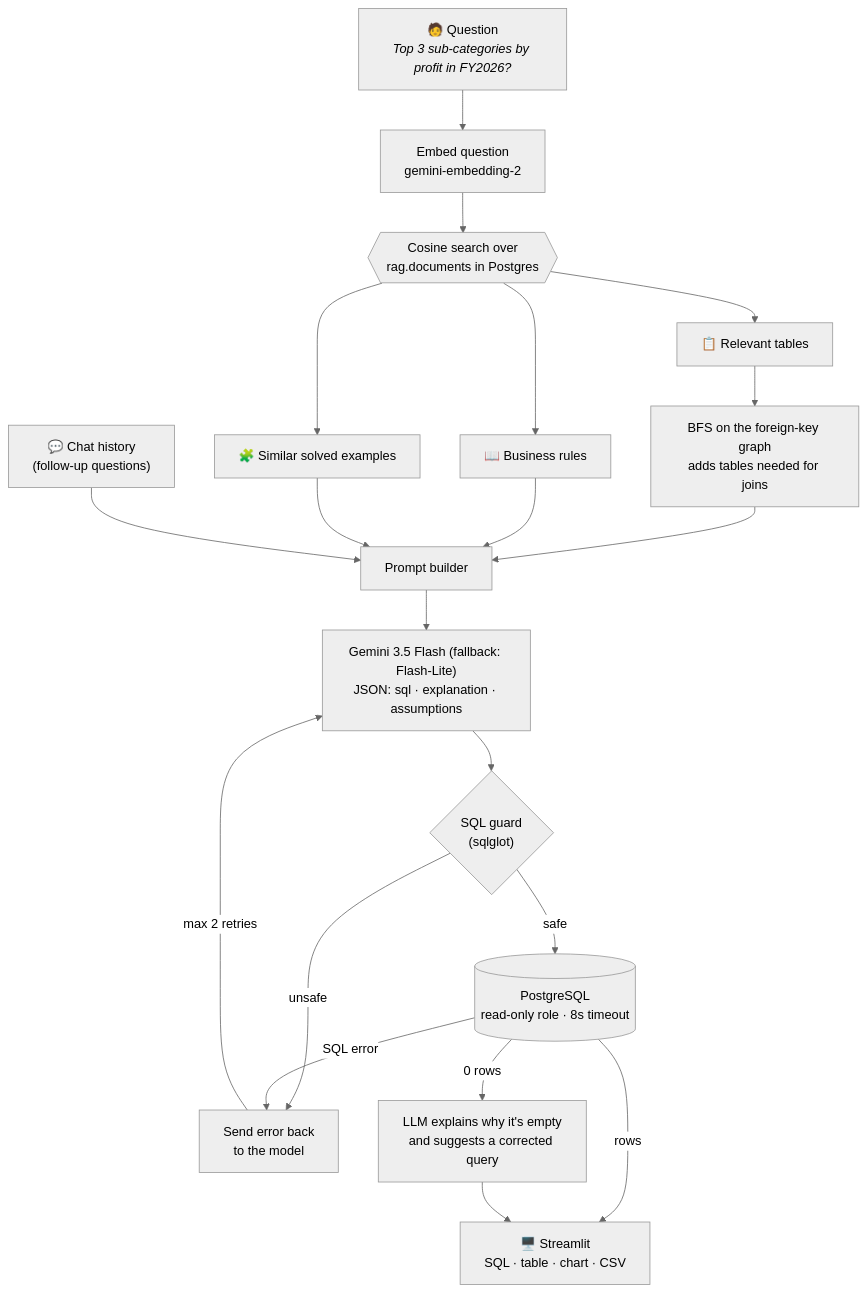
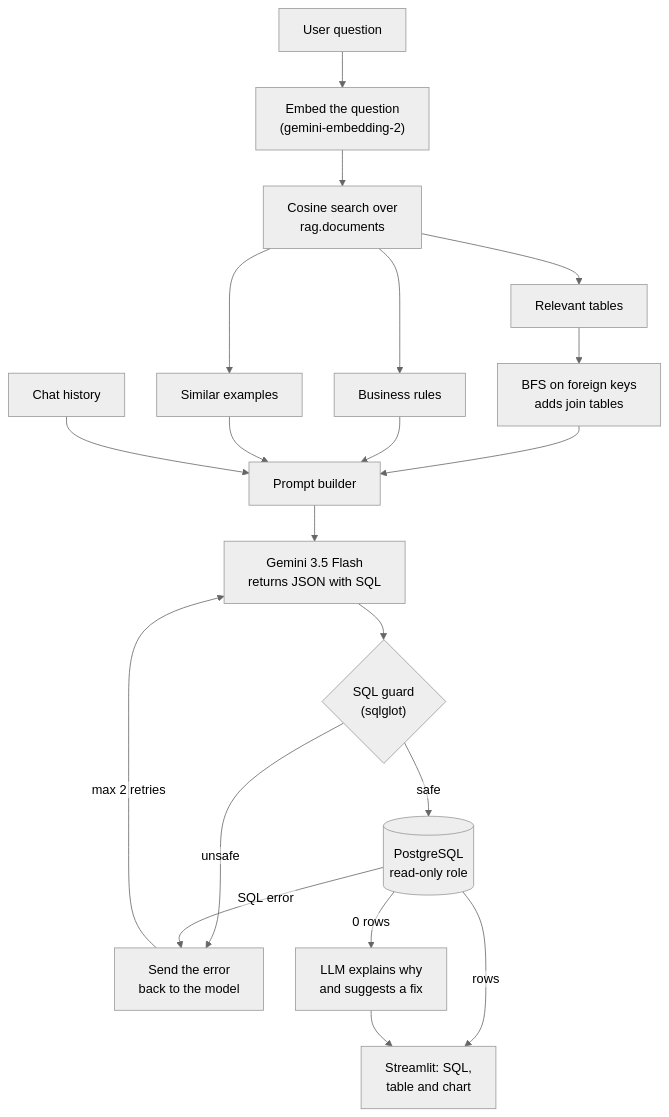
The first of 2 diagrams in README.md (Sweksha-Kakkar/Text-To-SQL), drawn with Mermaid (neutral theme) before and after one commit. The commit also changed other lines of this file, not shown here.

Commit message:
Fix truncated labels in README flow diagram
GitHub measured label width with a different font than it rendered,
cutting off text. Remove emoji and italics and use plain SVG labels.

````diff
--- a/README.md
+++ b/README.md
@@ -36,22 +36,23 @@
 ```mermaid
+%%{init: {"flowchart": {"htmlLabels": false, "nodeSpacing": 40, "rankSpacing": 45}} }%%
 flowchart TD
-    Q["🧑 Question<br/><i>Top 3 sub-categories by profit in FY2026?</i>"] --> EMB["Embed question<br/>gemini-embedding-2"]
-    EMB --> SEARCH{{"Cosine search over<br/>rag.documents in Postgres"}}
-    SEARCH --> TBL["📋 Relevant tables"]
-    SEARCH --> RULES["📖 Business rules"]
-    SEARCH --> EX["🧩 Similar solved examples"]
-    TBL --> BFS["BFS on the foreign-key graph<br/>adds tables needed for joins"]
+    Q["User question"] --> EMB["Embed the question<br/>(gemini-embedding-2)"]
+    EMB --> SEARCH["Cosine search over<br/>rag.documents"]
+    SEARCH --> TBL["Relevant tables"]
+    SEARCH --> RULES["Business rules"]
+    SEARCH --> EX["Similar examples"]
+    TBL --> BFS["BFS on foreign keys<br/>adds join tables"]
     BFS --> PROMPT["Prompt builder"]
     RULES --> PROMPT
     EX --> PROMPT
-    HIST["💬 Chat history<br/>(follow-up questions)"] --> PROMPT
-    PROMPT --> LLM["Gemini 3.5 Flash (fallback: Flash-Lite)<br/>JSON: sql · explanation · assumptions"]
+    HIST["Chat history"] --> PROMPT
+    PROMPT --> LLM["Gemini 3.5 Flash<br/>returns JSON with SQL"]
     LLM --> GUARD{"SQL guard<br/>(sqlglot)"}
-    GUARD -- "unsafe" --> FIX["Send error back<br/>to the model"]
-    GUARD -- "safe" --> DB[("PostgreSQL<br/>read-only role · 8s timeout")]
+    GUARD -- "unsafe" --> FIX["Send the error<br/>back to the model"]
+    GUARD -- "safe" --> DB[("PostgreSQL<br/>read-only role")]
     DB -- "SQL error" --> FIX
     FIX -- "max 2 retries" --> LLM
-    DB -- "rows" --> UI["🖥️ Streamlit<br/>SQL · table · chart · CSV"]
-    DB -- "0 rows" --> EMPTY["LLM explains why it's empty<br/>and suggests a corrected query"]
+    DB -- "rows" --> UI["Streamlit: SQL,<br/>table and chart"]
+    DB -- "0 rows" --> EMPTY["LLM explains why<br/>and suggests a fix"]
     EMPTY --> UI
 ```
````
